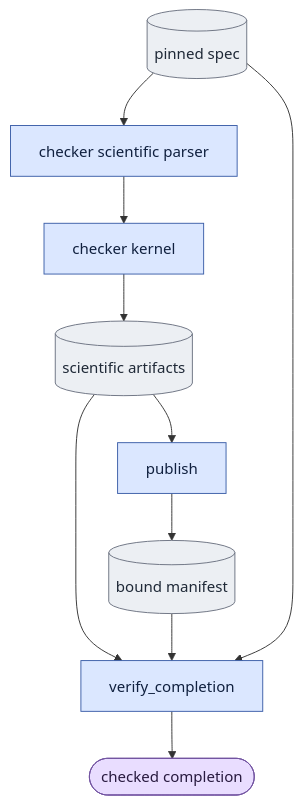
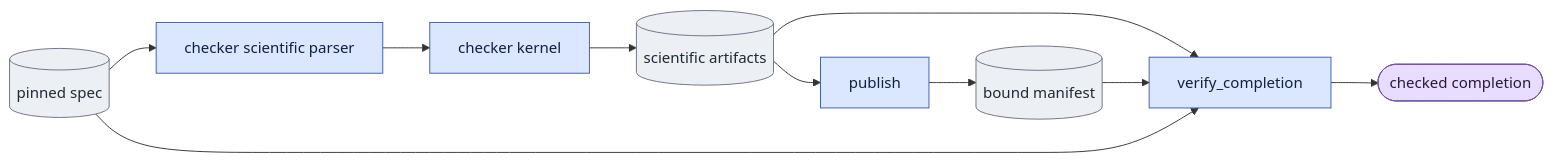
One commit to AtlantixJJ/LTX-2 changed the diagram in scripts/onestep_avatar/doc/experiments/spec_protocol.md. Above: the diagram before and after it, drawn with Mermaid. The commit also changed 161 other files, not shown here.

````diff
--- a/scripts/onestep_avatar/doc/experiments/spec_protocol.md
+++ b/scripts/onestep_avatar/doc/experiments/spec_protocol.md
@@ -16,18 +16,18 @@
 ```mermaid
-flowchart TB
+flowchart LR
   S[("pinned spec")] --> P["checker scientific parser"]
   P --> C["checker kernel"]
   C --> A[("scientific artifacts")]
   A --> H["publish"]
   H --> M[("bound manifest")]
   A --> V["verify_completion"]
   M --> V
   S --> V
   V --> O(["checked completion"])
   classDef proc fill:#dbe7ff,stroke:#3b5ea8,color:#10203f;
   classDef disk fill:#eceff3,stroke:#6b7280,color:#1f2937;
   classDef terminal fill:#e9ddff,stroke:#7253a0,color:#281a3f;
   class P,C,H,V proc;
   class S,A,M disk;
   class O terminal;
 ```
````
